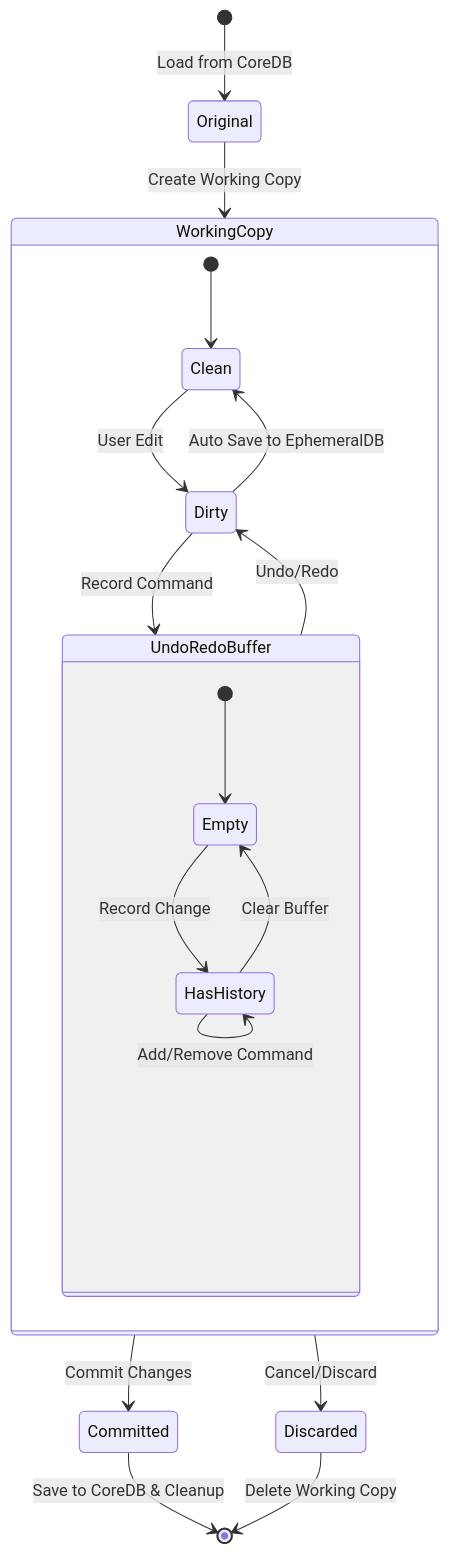
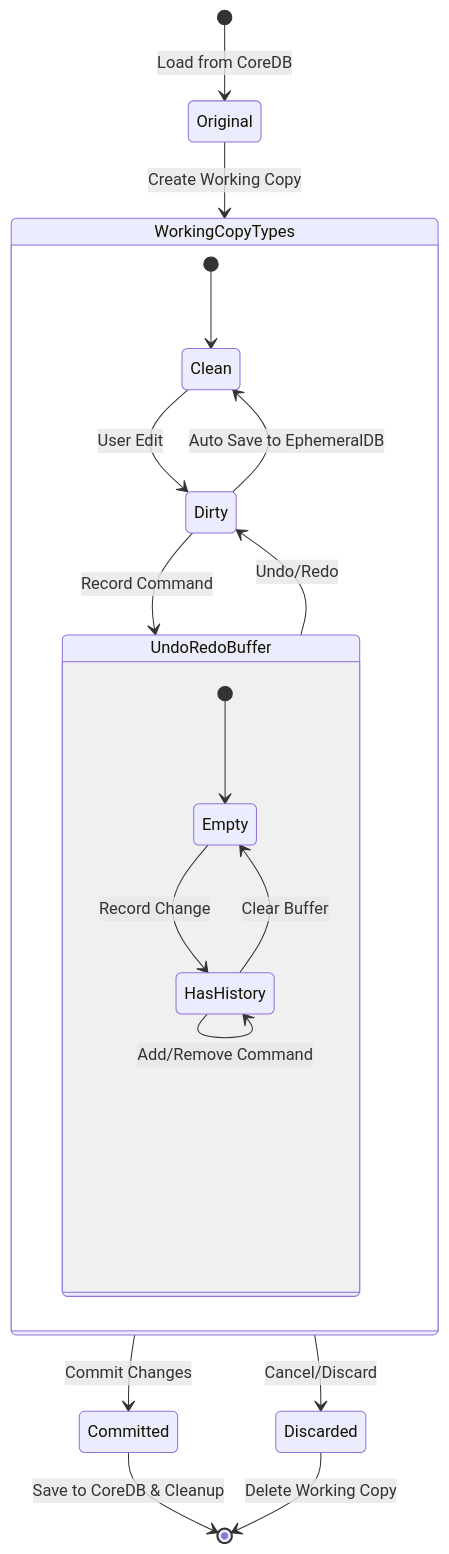
Before and after one commit to kubohiroya/hierarchidb: the sixth of 10 diagrams in docs/deprecated/REPORT/design/plugin-stylemap/dataflow.md, drawn with Mermaid. The commit also changed other lines of this file and 452 other files, not shown here.

````diff
--- a/docs/deprecated/REPORT/design/plugin-stylemap/dataflow.md
+++ b/docs/deprecated/REPORT/design/plugin-stylemap/dataflow.md
@@ -262,27 +262,27 @@
 ```mermaid
 stateDiagram-v2
     [*] --> Original: Load from CoreDB
-    Original --> WorkingCopy: Create Working Copy
+    Original --> WorkingCopyTypes: Create Working Copy
     
-    state WorkingCopy {
+    state WorkingCopyTypes {
         [*] --> Clean
         Clean --> Dirty: User Edit
         Dirty --> Clean: Auto Save to EphemeralDB
         
         state UndoRedoBuffer {
             [*] --> Empty
             Empty --> HasHistory: Record Change
             HasHistory --> Empty: Clear Buffer
             HasHistory --> HasHistory: Add/Remove Command
         }
         
         Dirty --> UndoRedoBuffer: Record Command
         UndoRedoBuffer --> Dirty: Undo/Redo
     }
     
-    WorkingCopy --> Committed: Commit Changes
-    WorkingCopy --> Discarded: Cancel/Discard
+    WorkingCopyTypes --> Committed: Commit Changes
+    WorkingCopyTypes --> Discarded: Cancel/Discard
     
     Committed --> [*]: Save to CoreDB & Cleanup
     Discarded --> [*]: Delete Working Copy
 ```
````
